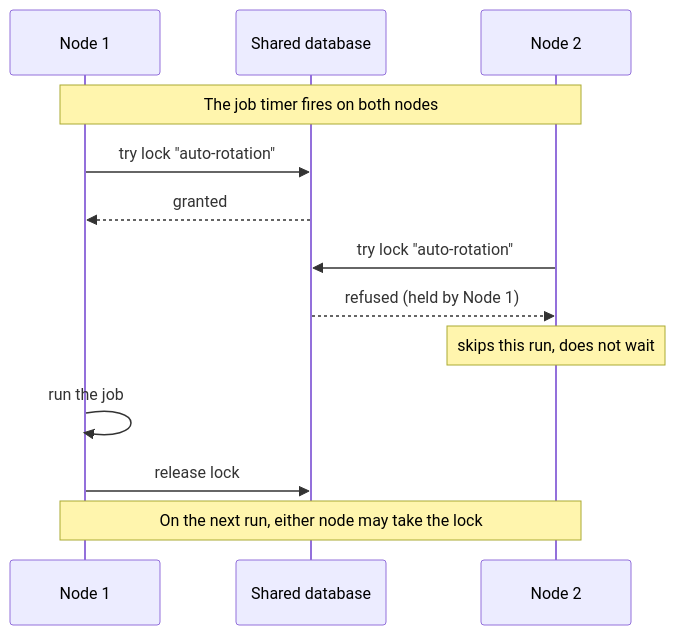
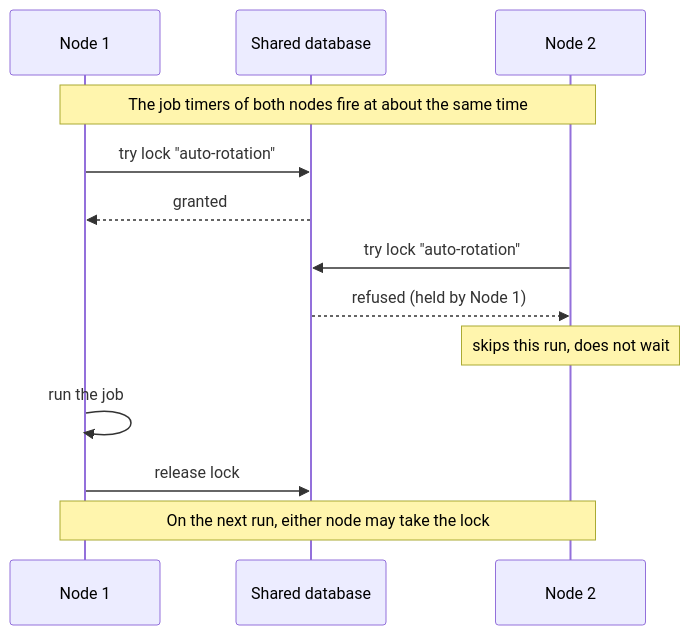
One commit to Cosmian/kms changed the second of 3 diagrams in documentation/docs/installation/cluster_coordination.md. Above: the diagram before and after it, drawn with Mermaid. The commit also changed other lines of this file and 16 other files, not shown here.

````diff
--- a/documentation/docs/installation/cluster_coordination.md
+++ b/documentation/docs/installation/cluster_coordination.md
@@ -54,16 +54,16 @@
 ```mermaid
 sequenceDiagram
     participant A as Node 1
     participant DB as Shared database
     participant B as Node 2
 
-    Note over A,B: The job timer fires on both nodes
+    Note over A,B: The job timers of both nodes fire at about the same time
     A->>DB: try lock "auto-rotation"
     DB-->>A: granted
     B->>DB: try lock "auto-rotation"
     DB-->>B: refused (held by Node 1)
     Note over B: skips this run, does not wait
     A->>A: run the job
     A->>DB: release lock
     Note over A,B: On the next run, either node may take the lock
 ```
````
